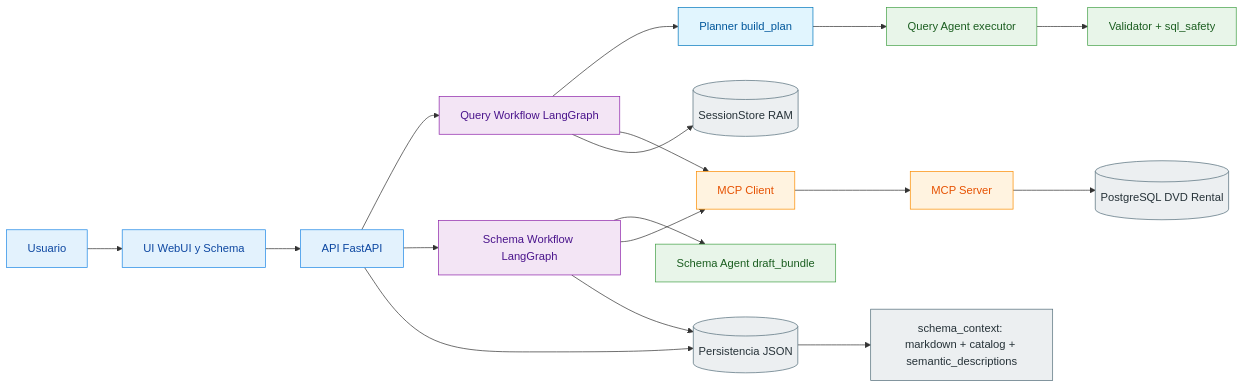
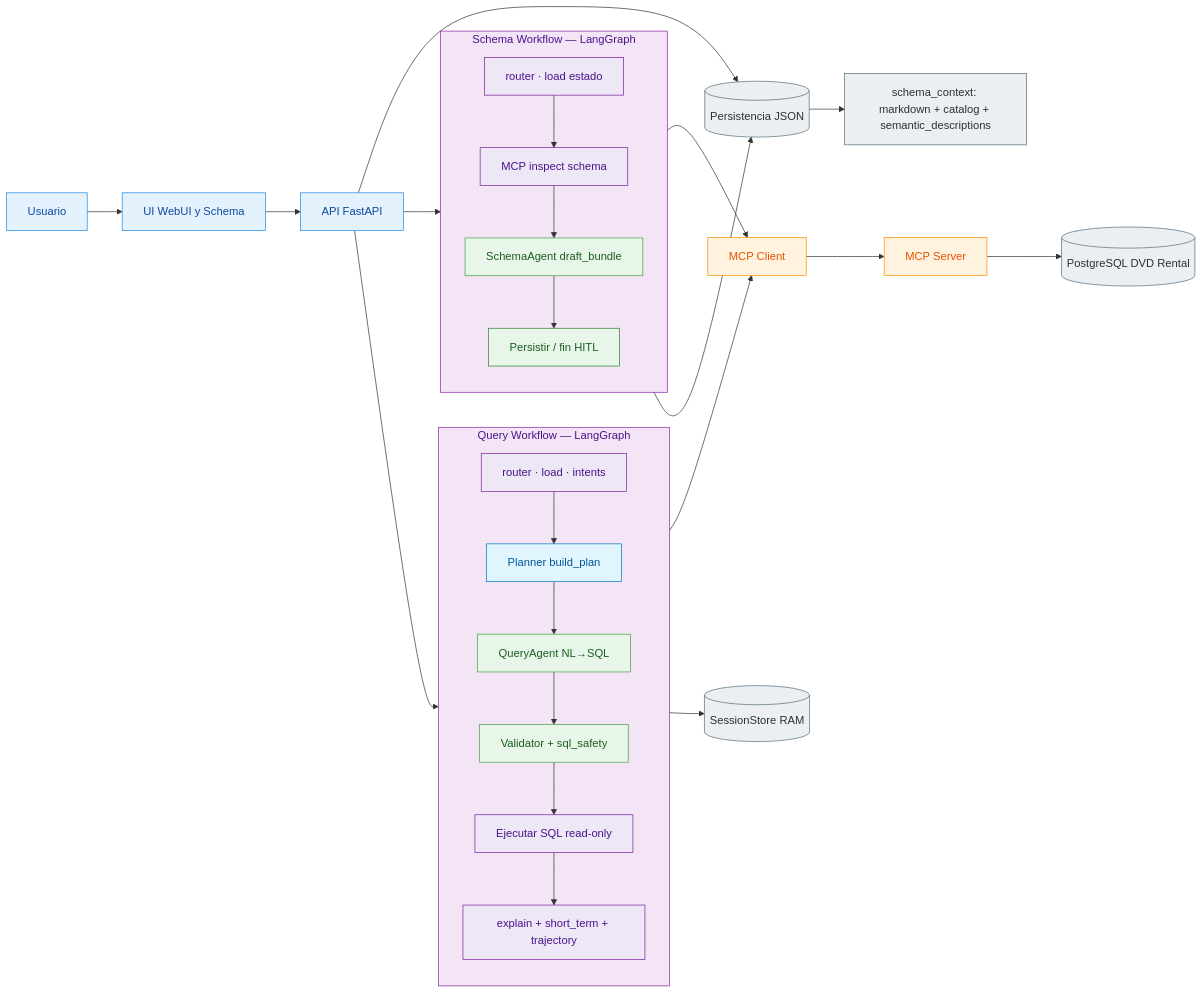
One commit to boullo2002/TP-multiagentes changed the diagram in docs/diagrams/architecture.mmd. Above: the diagram before and after it, drawn with Mermaid. The commit also changed 2 other files, not shown here.

Commit message:
Revise architecture diagrams and README
Restructure architecture docs and README to reflect workflow-level changes: convert Query and Schema workflows into LangGraph subgraphs, introduce planner (build_plan) and explicit query_plan/use in QueryAgent, and surface SchemaAgent draft_bundle and semantic_descriptions. Update mermaid graphs to show router/load entry points, HITL resume flow, session persistence (SessionStore RAM), MCP client/server interactions, and adjusted classDef names/styles. Modified files: README.md, docs/diagrams/architecture.md, docs/diagrams/architecture.mmd.

```diff
--- a/docs/diagrams/architecture.mmd
+++ b/docs/diagrams/architecture.mmd
@@ -1,36 +1,51 @@
 flowchart LR
     U[Usuario] --> UI[UI WebUI y Schema]
     UI --> API[API FastAPI]
 
-    API --> QW[Query Workflow LangGraph]
-    QW --> PL[Planner build_plan]
-    PL --> QA[Query Agent executor]
-    QA --> VAL[Validator + sql_safety]
+    subgraph QW[Query Workflow — LangGraph]
+        direction TB
+        Q0[router · load · intents] --> PL[Planner build_plan]
+        PL --> QA[QueryAgent NL→SQL]
+        QA --> VAL[Validator + sql_safety]
+        VAL --> QEX[Ejecutar SQL read-only]
+        QEX --> QXP[explain + short_term + trajectory]
+    end
 
-    API --> SW[Schema Workflow LangGraph]
-    SW --> SA[Schema Agent draft_bundle]
+    subgraph SW[Schema Workflow — LangGraph]
+        direction TB
+        S0[router · load estado] --> SIN[MCP inspect schema]
+        SIN --> SDR[SchemaAgent draft_bundle]
+        SDR --> SPE[Persistir / fin HITL]
+    end
 
-    QW --> MCPC[MCP Client]
-    SW --> MCPC
+    API --> Q0
+    API --> S0
+
+    SIN --> MCPC[MCP Client]
+    QEX --> MCPC
     MCPC --> MCPS[MCP Server]
     MCPS --> DB[(PostgreSQL DVD Rental)]
 
     API --> P[(Persistencia JSON)]
-    QW --> S[(SessionStore RAM)]
-    SW --> P
+    SPE --> P
+    QXP --> SESS[(SessionStore RAM)]
 
     P --> CTX[schema_context: markdown + catalog + semantic_descriptions]
 
     classDef ext fill:#E3F2FD,stroke:#1E88E5,color:#0D47A1,stroke-width:1px;
-    classDef workflow fill:#F3E5F5,stroke:#8E24AA,color:#4A148C,stroke-width:1px;
+    classDef subgraphBox fill:#F3E5F5,stroke:#8E24AA,color:#4A148C,stroke-width:1px;
+    classDef step fill:#EDE7F6,stroke:#7B1FA2,color:#4A148C,stroke-width:1px;
     classDef agent fill:#E8F5E9,stroke:#43A047,color:#1B5E20,stroke-width:1px;
     classDef planner fill:#E1F5FE,stroke:#0277BD,color:#01579B,stroke-width:1px;
     classDef mcp fill:#FFF3E0,stroke:#FB8C00,color:#E65100,stroke-width:1px;
     classDef data fill:#ECEFF1,stroke:#546E7A,color:#263238,stroke-width:1px;
+    classDef persist fill:#E8F5E9,stroke:#2E7D32,color:#1B5E20,stroke-width:1px;
 
     class U,UI,API ext;
-    class QW,SW workflow;
-    class QA,VAL,SA agent;
+    class QW,SW subgraphBox;
+    class Q0,QEX,QXP,S0,SIN step;
+    class QA,VAL,SDR agent;
     class PL planner;
     class MCPC,MCPS mcp;
-    class DB,P,S,CTX data;
+    class DB,P,SESS,CTX data;
+    class SPE persist;
```
